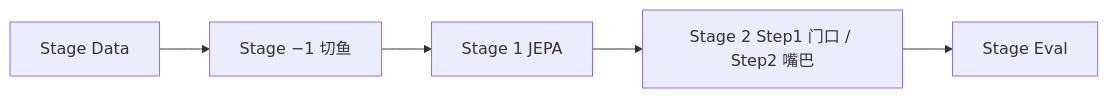
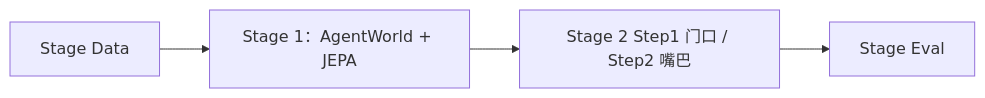
The second of 2 diagrams in AGENTS.md (MegaGimen/BIV), drawn with Mermaid before and after one commit. The commit also changed other lines of this file and 7 other files, not shown here.

First line of the commit message:
Drop fish-cut merge; JEPA/agent become two separate, unmodified backbones

````diff
--- a/AGENTS.md
+++ b/AGENTS.md
@@ -155,7 +141,6 @@
 ```mermaid
 flowchart LR
-    SD["Stage Data"] --> SM["Stage −1 切鱼"]
-    SM --> S1["Stage 1 JEPA"]
+    SD["Stage Data"] --> S1["Stage 1：AgentWorld + JEPA"]
     S1 --> S2["Stage 2 Step1 门口 / Step2 嘴巴"]
     S2 --> EV["Stage Eval"]
 ```
````
